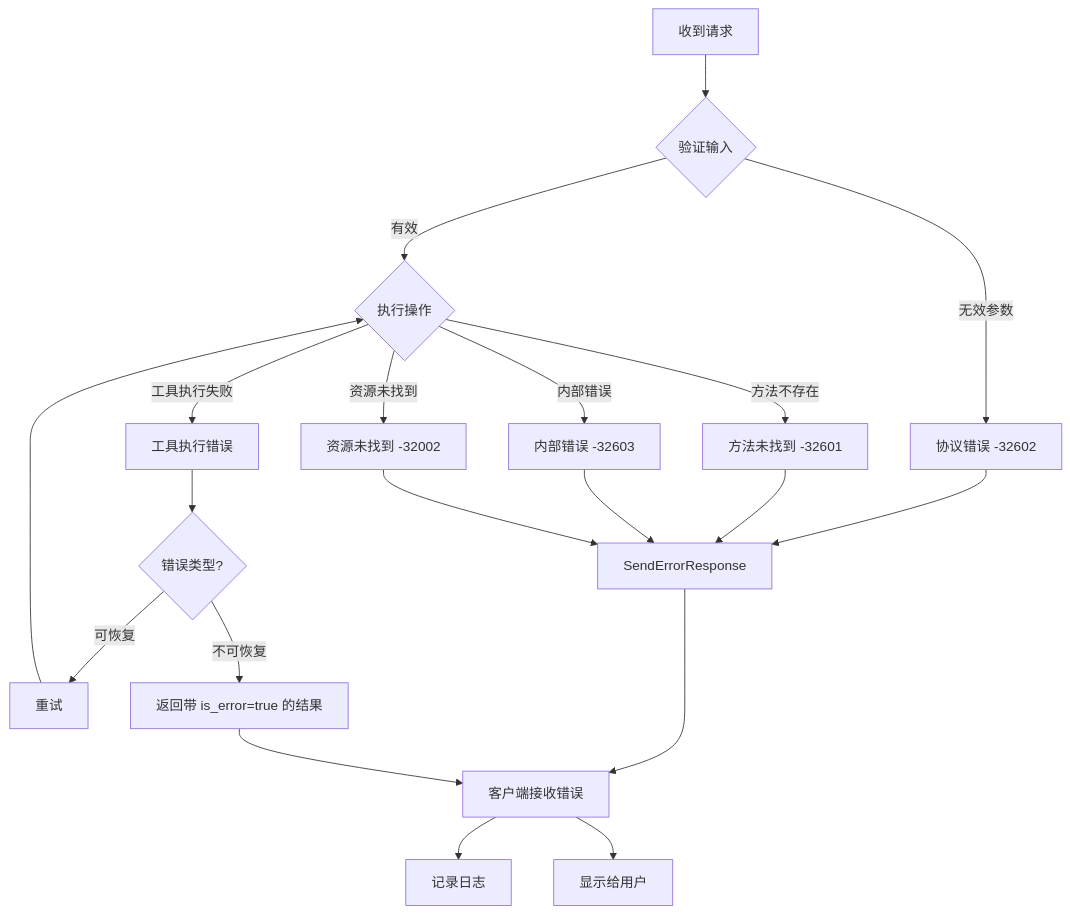
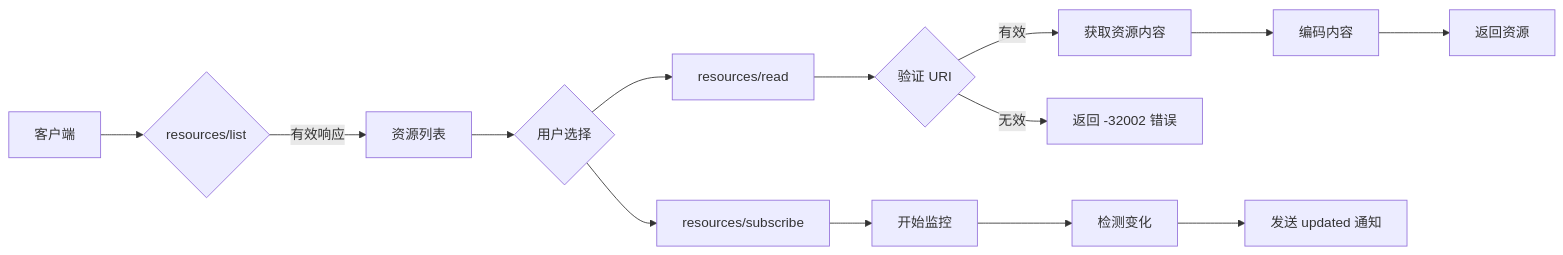
Before and after one commit to MiyakoMeow/neco: the third of 12 diagrams in progress/external-mcp-interaction-flows.md, drawn with Mermaid. The commit also changed other lines of this file and 9 other files, not shown here.

````diff
--- a/progress/external-mcp-interaction-flows.md
+++ b/progress/external-mcp-interaction-flows.md
@@ -144,29 +105,20 @@
 ```mermaid
-flowchart TD
-    Request[收到请求] --> Validate{验证输入}
+flowchart LR
+    Client[客户端] --> ListReq{resources/list}
+    ListReq -->|有效响应| Resources[资源列表]
+    Resources --> Select{用户选择}
 
-    Validate -->|无效参数| ProtocolError[协议错误 -32602]
-    Validate -->|有效| Execute{执行操作}
+    Select --> Read[resources/read]
+    Select --> Subscribe[resources/subscribe]
 
-    Execute -->|方法不存在| MethodNotFound[方法未找到 -32601]
-    Execute -->|内部错误| InternalError[内部错误 -32603]
-    Execute -->|资源未找到| ResourceNotFound[资源未找到 -32002]
-    Execute -->|工具执行失败| ToolError[工具执行错误]
+    Read --> ValidateURI{验证 URI}
+    ValidateURI -->|有效| Fetch[获取资源内容]
+    ValidateURI -->|无效| URIError[返回 -32002 错误]
 
-    ProtocolError --> SendErrorResponse
-    MethodNotFound --> SendErrorResponse
-    InternalError --> SendErrorResponse
-    ResourceNotFound --> SendErrorResponse
+    Fetch --> Encode[编码内容]
+    Encode --> Return[返回资源]
 
-    ToolError --> CheckErrorType{错误类型?}
-    CheckErrorType -->|可恢复| Retry[重试]
-    CheckErrorType -->|不可恢复| ReturnToolError[返回带 is_error=true 的结果]
-
-    Retry --> Execute
-
-    SendErrorResponse --> Client[客户端接收错误]
-    ReturnToolError --> Client
-
-    Client --> Log[记录日志]
-    Client --> Display[显示给用户]
+    Subscribe --> Monitor[开始监控]
+    Monitor --> Update[检测变化]
+    Update --> Notify[发送 updated 通知]
 ```
````
